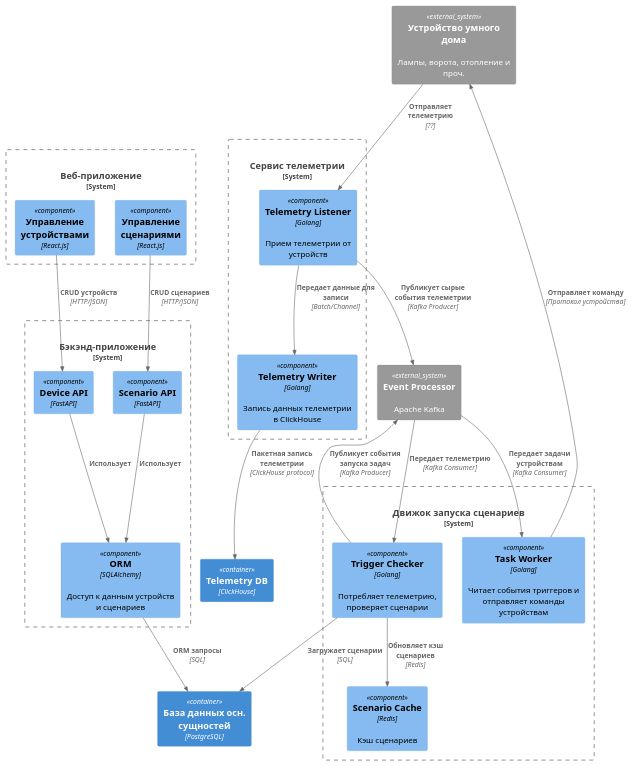
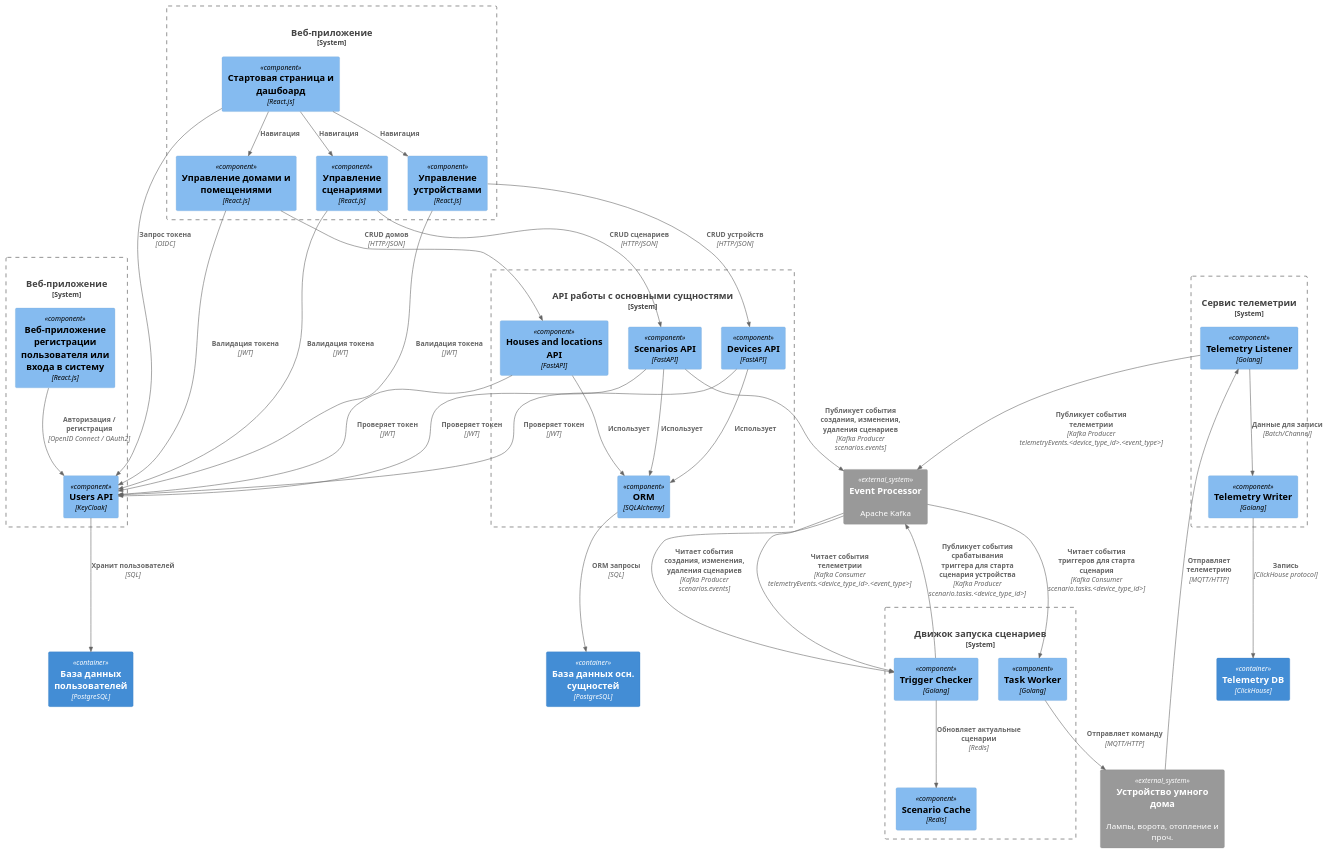
Before and after one commit to mayflowwer/architecture-warmhouse: the diagram in diagrams/diagrams_to_be/c4/component_diagram.puml, drawn with PlantUML. The commit also changed 11 other files, not shown here.

Commit message:
upd component_diagram.puml

```diff
--- a/diagrams/diagrams_to_be/c4/component_diagram.puml
+++ b/diagrams/diagrams_to_be/c4/component_diagram.puml
@@ -1,53 +1,84 @@
 @startuml
 !include <C4/C4_Context.puml>
 !include <C4/C4_Container.puml>
 !include <C4/C4_Component.puml>
 
+System_Boundary(userManagement, "Веб-приложение") {
+    Component(loginPageApp, "Веб-приложение регистрации пользователя или входа в систему", "React.js")
+    Component(keyCloakApp, "Users API", "KeyCloak")
+}  
+
+Container(usersDB, "База данных пользователей", "PostgreSQL")
+
 System_Boundary(webApp, "Веб-приложение") {
+    Component(homeWebApp, "Стартовая страница и дашбоард", "React.js")
+    Component(houseWebApp, "Управление домами и помещениями", "React.js")
     Component(deviceWebApp, "Управление устройствами", "React.js")
     Component(scenarioWebApp, "Управление сценариями", "React.js")
 }
-System_Boundary(app, "Бэкэнд-приложение") {
-    Component(deviceAPI, "Device API", "FastAPI")
-    Component(scenarioAPI, "Scenario API", "FastAPI")
-    Component(sqlAlchemy, "ORM", "SQLAlchemy", "Доступ к данным устройств и сценариев")
+
+System_Boundary(app, "API работы с основными сущностями") {
+    Component(houseAPI, "Houses and locations API", "FastAPI")
+    Component(deviceAPI, "Devices API", "FastAPI")
+    Component(scenarioAPI, "Scenarios API", "FastAPI")
+    Component(sqlAlchemy, "ORM", "SQLAlchemy")
 }
+
 Container(entitiesDB, "База данных осн. сущностей", "PostgreSQL")
+
 System_Ext(eventProcessor, "Event Processor", "Apache Kafka")
+
 System_Boundary(triggerEngineService, "Движок запуска сценариев") {
-    Component(triggerChecker, "Trigger Checker", "Golang", "Потребляет телеметрию, проверяет сценарии")
-    Component(redisCache, "Scenario Cache", "Redis", "Кэш сценариев")
-    Component(taskStartWorker, "Task Worker", "Golang", "Читает события триггеров и отправляет команды устройствам")
+    Component(triggerChecker, "Trigger Checker", "Golang")
+    Component(redisCache, "Scenario Cache", "Redis")
+    Component(taskWorker, "Task Worker", "Golang")
 }
+
 System_Boundary(telemetryService, "Сервис телеметрии") {
-    Component(telemetryListener, "Telemetry Listener", "Golang", "Прием телеметрии от устройств")
-    Component(telemetryWriter, "Telemetry Writer", "Golang", "Запись данных телеметрии в ClickHouse")
+    Component(telemetryListener, "Telemetry Listener", "Golang")
+    Component(telemetryWriter, "Telemetry Writer", "Golang")
 }
-Container(telemertyDB, "Telemetry DB", "ClickHouse")
+
+Container(telemetryDB, "Telemetry DB", "ClickHouse")
+
 System_Ext(device, "Устройство умного дома", "Лампы, ворота, отопление и проч.")
 
+Rel(loginPageApp, keyCloakApp, "Авторизация / регистрация", "OpenID Connect / OAuth2")
+Rel(homeWebApp, keyCloakApp, "Запрос токена", "OIDC")
+Rel(houseWebApp, keyCloakApp, "Валидация токена", "JWT")
+Rel(deviceWebApp, keyCloakApp, "Валидация токена", "JWT")
+Rel(scenarioWebApp, keyCloakApp, "Валидация токена", "JWT")
+Rel(houseAPI, keyCloakApp, "Проверяет токен", "JWT")
+Rel(deviceAPI, keyCloakApp, "Проверяет токен", "JWT")
+Rel(scenarioAPI, keyCloakApp, "Проверяет токен", "JWT")
+Rel(keyCloakApp, usersDB, "Хранит пользователей", "SQL")
 
+Rel(homeWebApp, houseWebApp, "Навигация")
+Rel(homeWebApp, deviceWebApp, "Навигация")
+Rel(homeWebApp, scenarioWebApp, "Навигация")
+
+Rel(houseWebApp, houseAPI, "CRUD домов", "HTTP/JSON")
 Rel(deviceWebApp, deviceAPI, "CRUD устройств", "HTTP/JSON")
 Rel(scenarioWebApp, scenarioAPI, "CRUD сценариев", "HTTP/JSON")
 
+Rel(houseAPI, sqlAlchemy, "Использует")
 Rel(deviceAPI, sqlAlchemy, "Использует")
 Rel(scenarioAPI, sqlAlchemy, "Использует")
 Rel(sqlAlchemy, entitiesDB, "ORM запросы", "SQL")
 
+Rel(scenarioAPI, eventProcessor, "Публикует события создания, изменения, удаления сценариев", "Kafka Producer scenarios.events")
+Rel(eventProcessor, triggerChecker, "Читает события создания, изменения, удаления сценариев", "Kafka Producer scenarios.events")
 
-Rel(device, telemetryListener, "Отправляет телеметрию", "??")
-Rel(telemetryListener, eventProcessor, "Публикует сырые события телеметрии", "Kafka Producer")
-Rel(telemetryListener, telemetryWriter, "Передает данные для записи", "Batch/Channel")
-Rel(telemetryWriter, telemertyDB, "Пакетная запись телеметрии", "ClickHouse protocol")
+Rel(device, telemetryListener, "Отправляет телеметрию", "MQTT/HTTP")
+Rel(telemetryListener, telemetryWriter, "Данные для записи", "Batch/Channel")
+Rel(telemetryWriter, telemetryDB, "Запись", "ClickHouse protocol")
 
-Rel(triggerChecker, entitiesDB, "Загружает сценарии", "SQL")
-Rel(triggerChecker, redisCache, "Обновляет кэш сценариев", "Redis")
+Rel(telemetryListener, eventProcessor, "Публикует события телеметрии", "Kafka Producer telemetryEvents.<device_type_id>.<event_type>")
+Rel(eventProcessor, triggerChecker, "Читает события телеметрии", "Kafka Consumer telemetryEvents.<device_type_id>.<event_type>")
 
-Rel(eventProcessor, triggerChecker, "Передает телеметрию", "Kafka Consumer")
-
-Rel(triggerChecker, eventProcessor, "Публикует события запуска задач", "Kafka Producer")
-Rel(eventProcessor, taskStartWorker, "Передает задачи устройствам", "Kafka Consumer")
-
-Rel(taskStartWorker, device, "Отправляет команду", "Протокол устройства")
+Rel(triggerChecker, redisCache, "Обновляет актуальные сценарии", "Redis")
+Rel(triggerChecker, eventProcessor, "Публикует события срабатывания триггера для старта сценария устройства", "Kafka Producer scenario.tasks.<device_type_id>")
+Rel(eventProcessor, taskWorker, "Читает события триггеров для старта сценария", "Kafka Consumer scenario.tasks.<device_type_id>")
+Rel(taskWorker, device, "Отправляет команду", "MQTT/HTTP")
 
 @enduml
```
